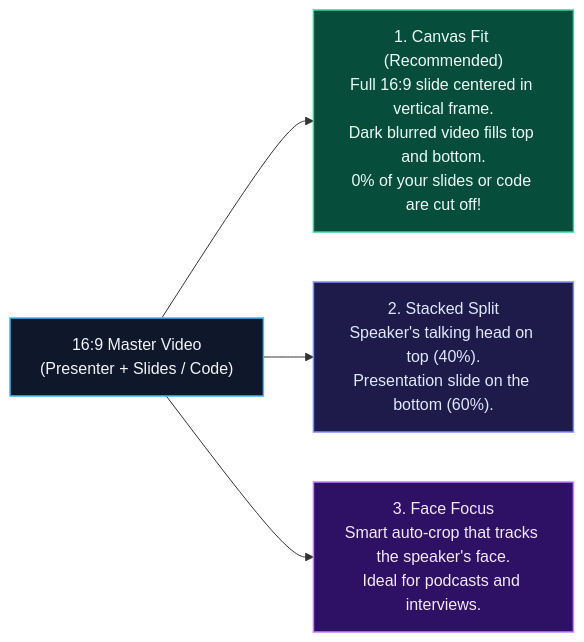
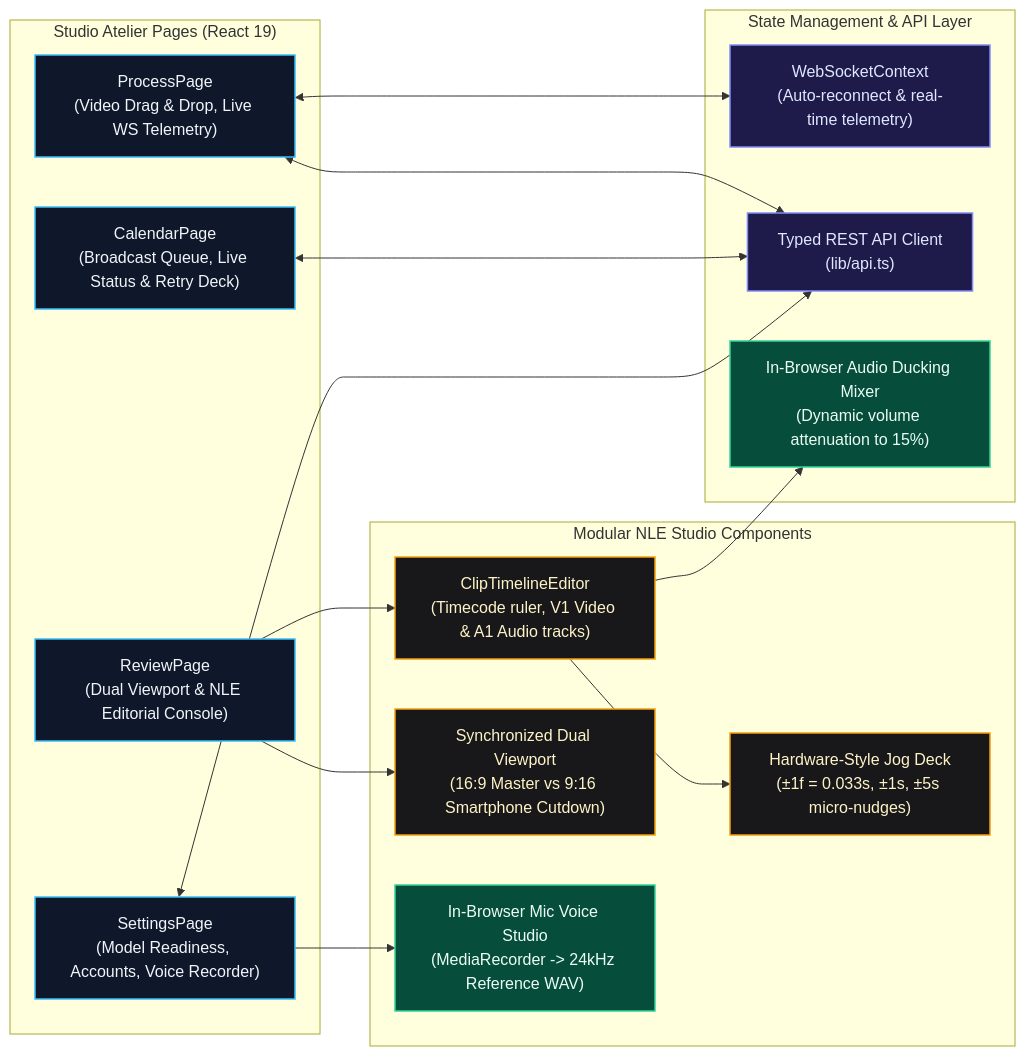
The third of 9 diagrams in README.md (DivyamJoshi2005/Alfred), drawn with Mermaid before and after one commit. The commit also changed other lines of this file and 1 other file, not shown here.

Commit message:
docs: enrich READMEs with complete technical depth, clear human explanations, and styled Mermaid diagrams

````diff
--- a/README.md
+++ b/README.md
@@ -155,15 +191,37 @@
 ```mermaid
 flowchart LR
-    classDef input fill:#0f172a,stroke:#38bdf8,stroke-width:1.5px,color:#f1f5f9;
-    classDef fit fill:#064e3b,stroke:#34d399,stroke-width:1.5px,color:#ecfdf5;
-    classDef split fill:#1e1b4b,stroke:#818cf8,stroke-width:1.5px,color:#e0e7ff;
-    classDef crop fill:#2e1065,stroke:#c084fc,stroke-width:1.5px,color:#f3e8ff;
+    classDef page fill:#0f172a,stroke:#38bdf8,stroke-width:1.5px,color:#f1f5f9;
+    classDef state fill:#1e1b4b,stroke:#818cf8,stroke-width:1.5px,color:#e0e7ff;
+    classDef deck fill:#18181b,stroke:#f59e0b,stroke-width:1.5px,color:#fef3c7;
+    classDef audio fill:#064e3b,stroke:#34d399,stroke-width:1.5px,color:#ecfdf5;
 
-    Input["16:9 Master Video\n(Presenter + Slides / Code)"]:::input --> Mode1
-    Input --> Mode2
-    Input --> Mode3
+    subgraph Pages ["Studio Atelier Pages (React 19)"]
+        ProcessPage["ProcessPage\n(Video Drag & Drop, Live WS Telemetry)"]:::page
+        ReviewPage["ReviewPage\n(Dual Viewport & NLE Editorial Console)"]:::page
+        CalendarPage["CalendarPage\n(Broadcast Queue, Live Status & Retry Deck)"]:::page
+        SettingsPage["SettingsPage\n(Model Readiness, Accounts, Voice Recorder)"]:::page
+    end
 
-    Mode1["1. Canvas Fit (Recommended)\nFull 16:9 slide centered in vertical frame.\nDark blurred video fills top and bottom.\n0% of your slides or code are cut off!"]:::fit
-    Mode2["2. Stacked Split\nSpeaker's talking head on top (40%).\nPresentation slide on the bottom (60%)."]:::split
-    Mode3["3. Face Focus\nSmart auto-crop that tracks the speaker's face.\nIdeal for podcasts and interviews."]:::crop
+    subgraph StateAndNet ["State Management & API Layer"]
+        WSContext["WebSocketContext\n(Auto-reconnect & real-time telemetry)"]:::state
+        ApiClient["Typed REST API Client\n(lib/api.ts)"]:::state
+        AudioMixer["In-Browser Audio Ducking Mixer\n(Dynamic volume attenuation to 15%)"]:::audio
+    end
+
+    subgraph ModularDeck ["Modular NLE Studio Components"]
+        TimelineEditor["ClipTimelineEditor\n(Timecode ruler, V1 Video & A1 Audio tracks)"]:::deck
+        JogDeck["Hardware-Style Jog Deck\n(±1f = 0.033s, ±1s, ±5s micro-nudges)"]:::deck
+        DualPlayer["Synchronized Dual Viewport\n(16:9 Master vs 9:16 Smartphone Cutdown)"]:::deck
+        VoiceStudio["In-Browser Mic Voice Studio\n(MediaRecorder -> 24kHz Reference WAV)"]:::audio
+    end
+
+    ProcessPage <--> ApiClient
+    ProcessPage <--> WSContext
+    ReviewPage --> DualPlayer
+    ReviewPage --> TimelineEditor
+    TimelineEditor --> JogDeck
+    TimelineEditor --> AudioMixer
+    CalendarPage <--> ApiClient
+    SettingsPage --> VoiceStudio
+    SettingsPage <--> ApiClient
 ```
````
